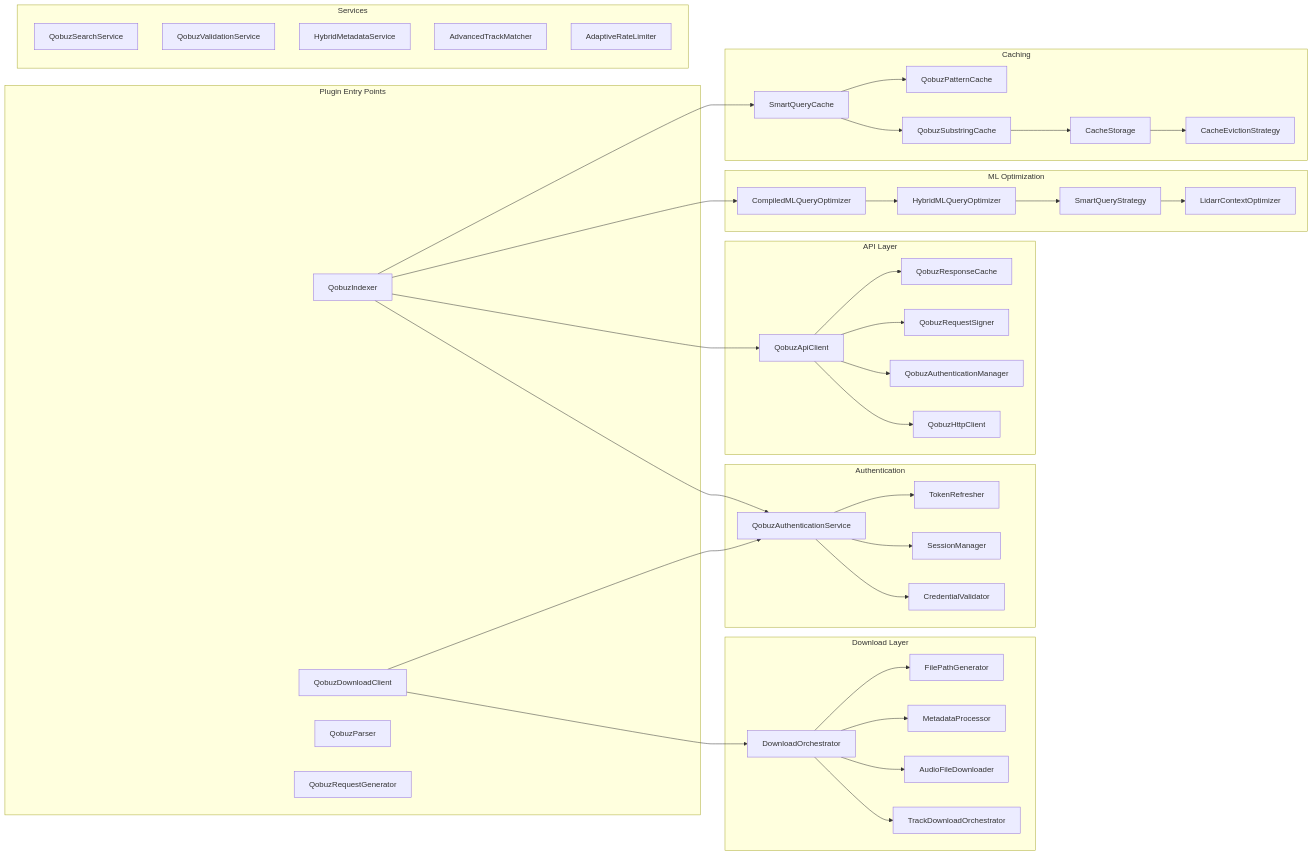
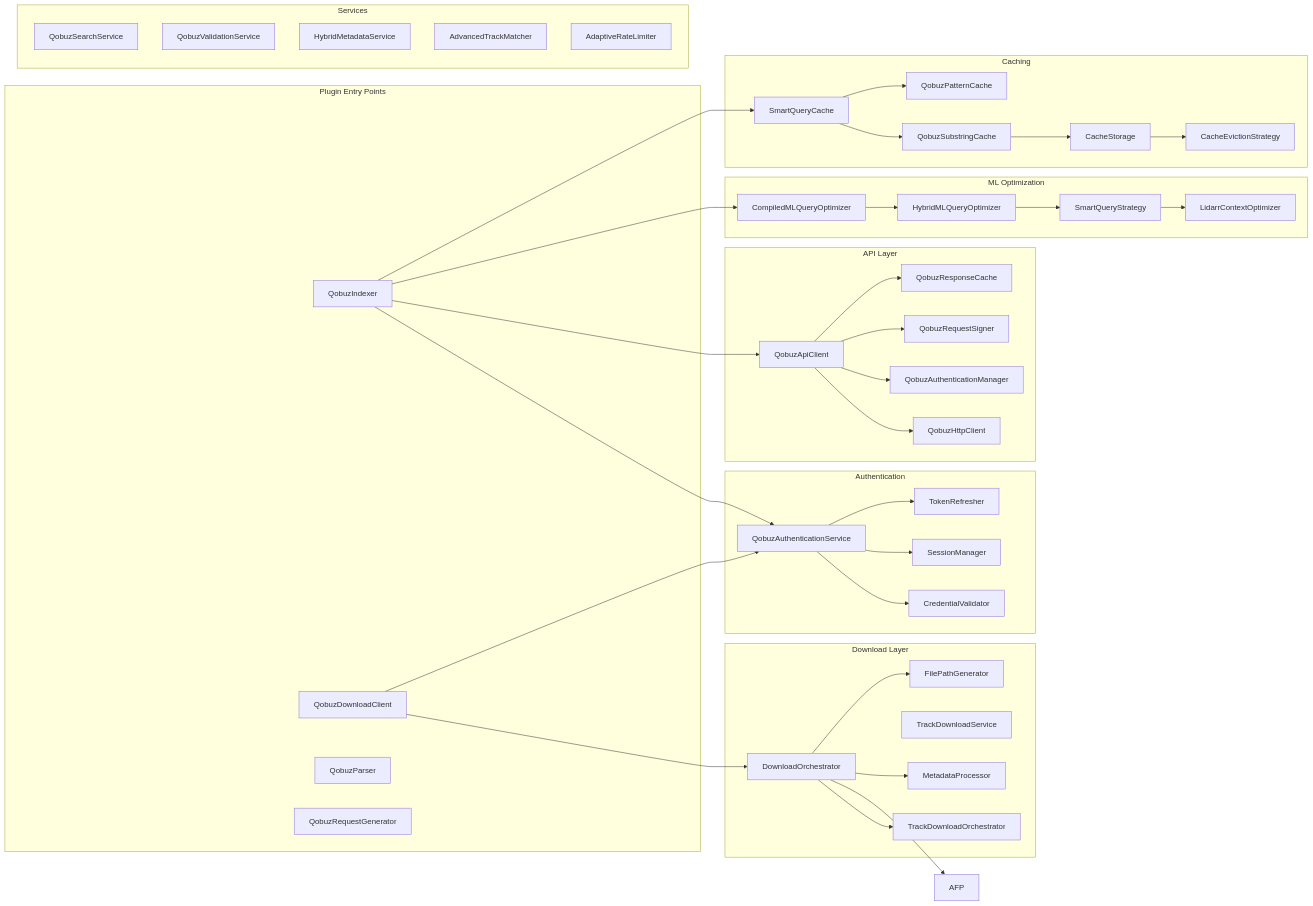
One commit to RicherTunes/Qobuzarr changed the second of 25 diagrams in docs/ARCHITECTURE.md. Above: the diagram before and after it, drawn with Mermaid. The commit also changed other lines of this file and 3 other files, not shown here.

```diff
--- a/docs/ARCHITECTURE.md
+++ b/docs/ARCHITECTURE.md
@@ -141,7 +141,7 @@
     subgraph "Download Layer"
         DO[DownloadOrchestrator]
         TDO[TrackDownloadOrchestrator]
-        AFP[AudioFileDownloader]
+        TDS[TrackDownloadService]
         MP[MetadataProcessor]
         FPG[FilePathGenerator]
     end
```
